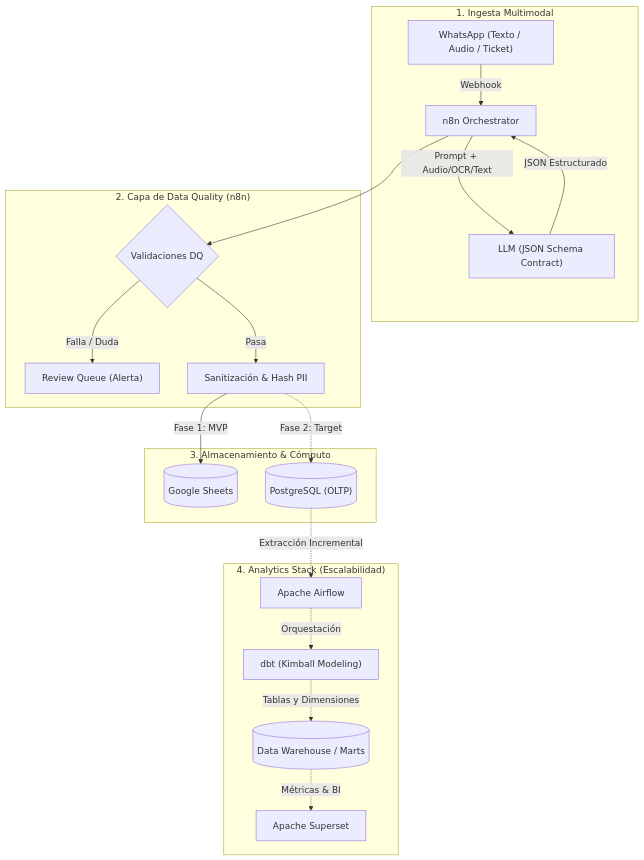
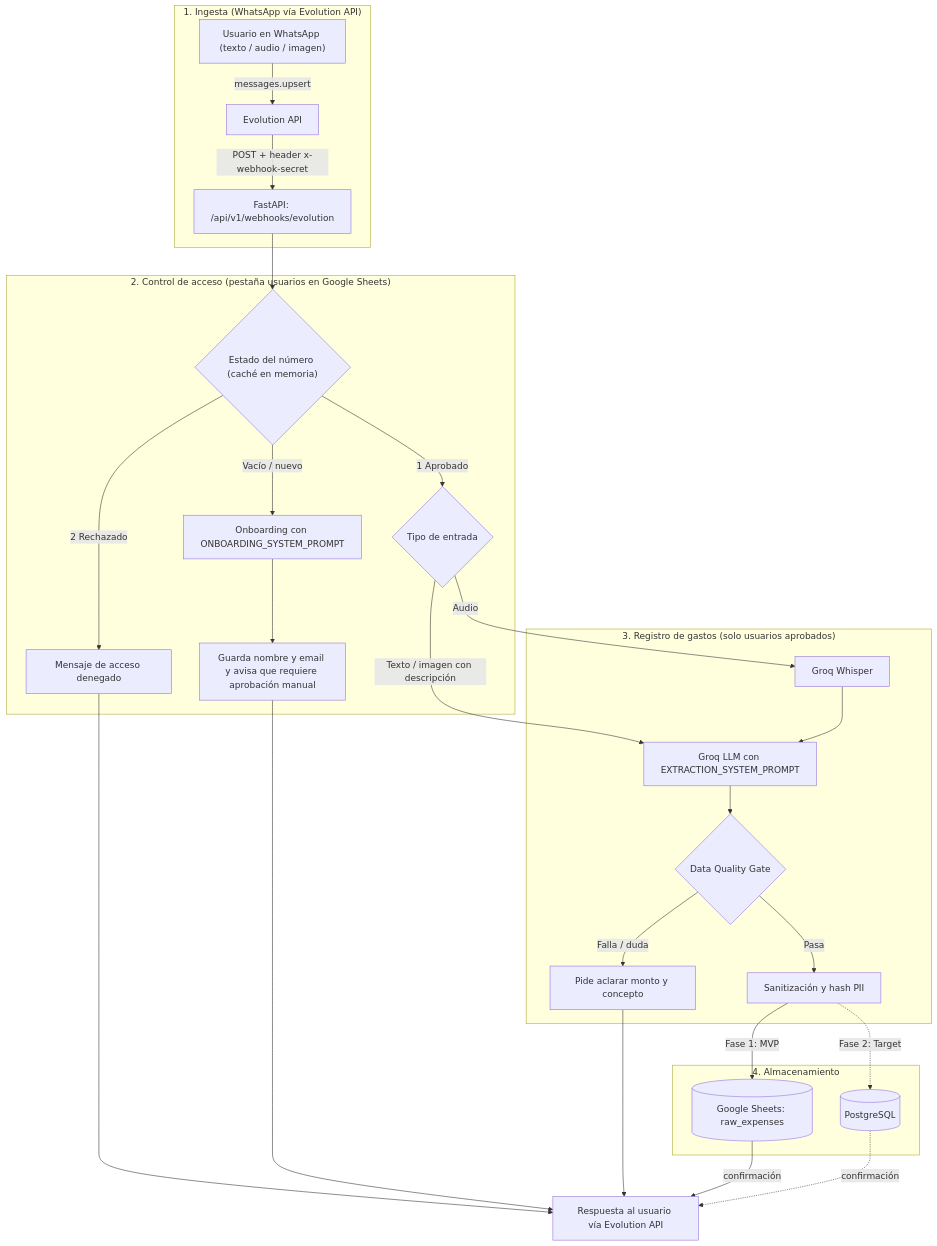
The first of 2 diagrams in README.md (AndersonMauricio/Bot-de-Registro-Financiero), drawn with Mermaid before and after one commit. The commit also changed other lines of this file and 40 other files, not shown here.

````diff
--- a/README.md
+++ b/README.md
@@ -22,26 +22,35 @@
 ```mermaid
 flowchart TD
-    subgraph Ingestion["1. Ingesta Multimodal"]
-        WA["WhatsApp (Texto / Audio / Ticket)"] -->|Webhook| N8N["n8n Orchestrator"]
-        N8N -->|Prompt + Audio/OCR/Text| LLM["LLM (JSON Schema Contract)"]
-        LLM -->|JSON Estructurado| N8N
+    subgraph Ingestion["1. Ingesta (WhatsApp vía Evolution API)"]
+        WA["Usuario en WhatsApp (texto / audio / imagen)"] -->|"messages.upsert"| EVO["Evolution API"]
+        EVO -->|"POST + header x-webhook-secret"| API["FastAPI: /api/v1/webhooks/evolution"]
     end
 
-    subgraph DataQuality["2. Capa de Data Quality (n8n)"]
-        N8N --> DQ{"Validaciones DQ"}
-        DQ -- Falla / Duda --> DLQ["Review Queue (Alerta)"]
-        DQ -- Pasa --> SANITIZE["Sanitización & Hash PII"]
+    subgraph Access["2. Control de acceso (pestaña usuarios en Google Sheets)"]
+        API --> ROUTER{"Estado del número (caché en memoria)"}
+        ROUTER -->|"2 Rechazado"| DENY["Mensaje de acceso denegado"]
+        ROUTER -->|"Vacío / nuevo"| ONB["Onboarding con ONBOARDING_SYSTEM_PROMPT"]
+        ONB --> PEND["Guarda nombre y email y avisa que requiere aprobación manual"]
+        ROUTER -->|"1 Aprobado"| INPUT{"Tipo de entrada"}
     end
 
-    subgraph Storage["3. Almacenamiento & Cómputo"]
-        SANITIZE -->|Fase 1: MVP| GS[("Google Sheets")]
-        SANITIZE -.->|Fase 2: Target| PG[("PostgreSQL (OLTP)")]
+    subgraph Expenses["3. Registro de gastos (solo usuarios aprobados)"]
+        INPUT -->|"Audio"| WHISPER["Groq Whisper"]
+        INPUT -->|"Texto / imagen con descripción"| LLM["Groq LLM con EXTRACTION_SYSTEM_PROMPT"]
+        WHISPER --> LLM
+        LLM --> DQ{"Data Quality Gate"}
+        DQ -->|"Falla / duda"| ASK["Pide aclarar monto y concepto"]
+        DQ -->|"Pasa"| SANITIZE["Sanitización y hash PII"]
     end
 
-    subgraph Analytics["4. Analytics Stack (Escalabilidad)"]
-        PG -.->|Extracción Incremental| AF["Apache Airflow"]
-        AF -.->|Orquestación| DBT["dbt (Kimball Modeling)"]
-        DBT -.->|Tablas y Dimensiones| DWH[("Data Warehouse / Marts")]
-        DWH -.->|Métricas & BI| SUP["Apache Superset"]
+    subgraph Storage["4. Almacenamiento"]
+        SANITIZE -->|"Fase 1: MVP"| GS[("Google Sheets: raw_expenses")]
+        SANITIZE -.->|"Fase 2: Target"| PG[("PostgreSQL")]
     end
+
+    DENY --> OUT["Respuesta al usuario vía Evolution API"]
+    PEND --> OUT
+    ASK --> OUT
+    GS -->|"confirmación"| OUT
+    PG -.->|"confirmación"| OUT
 ```
````
